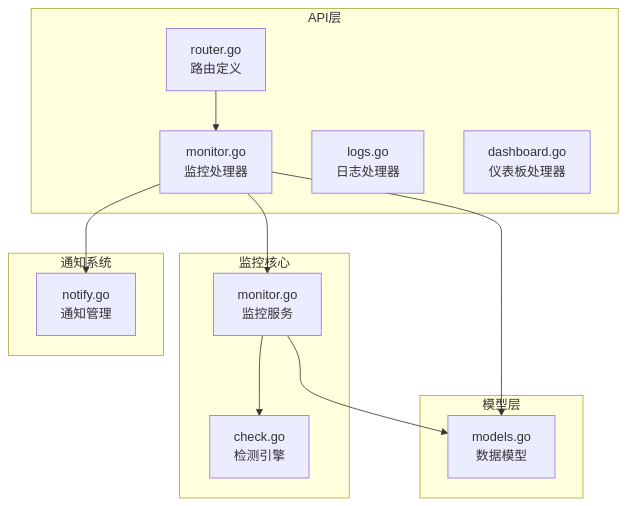
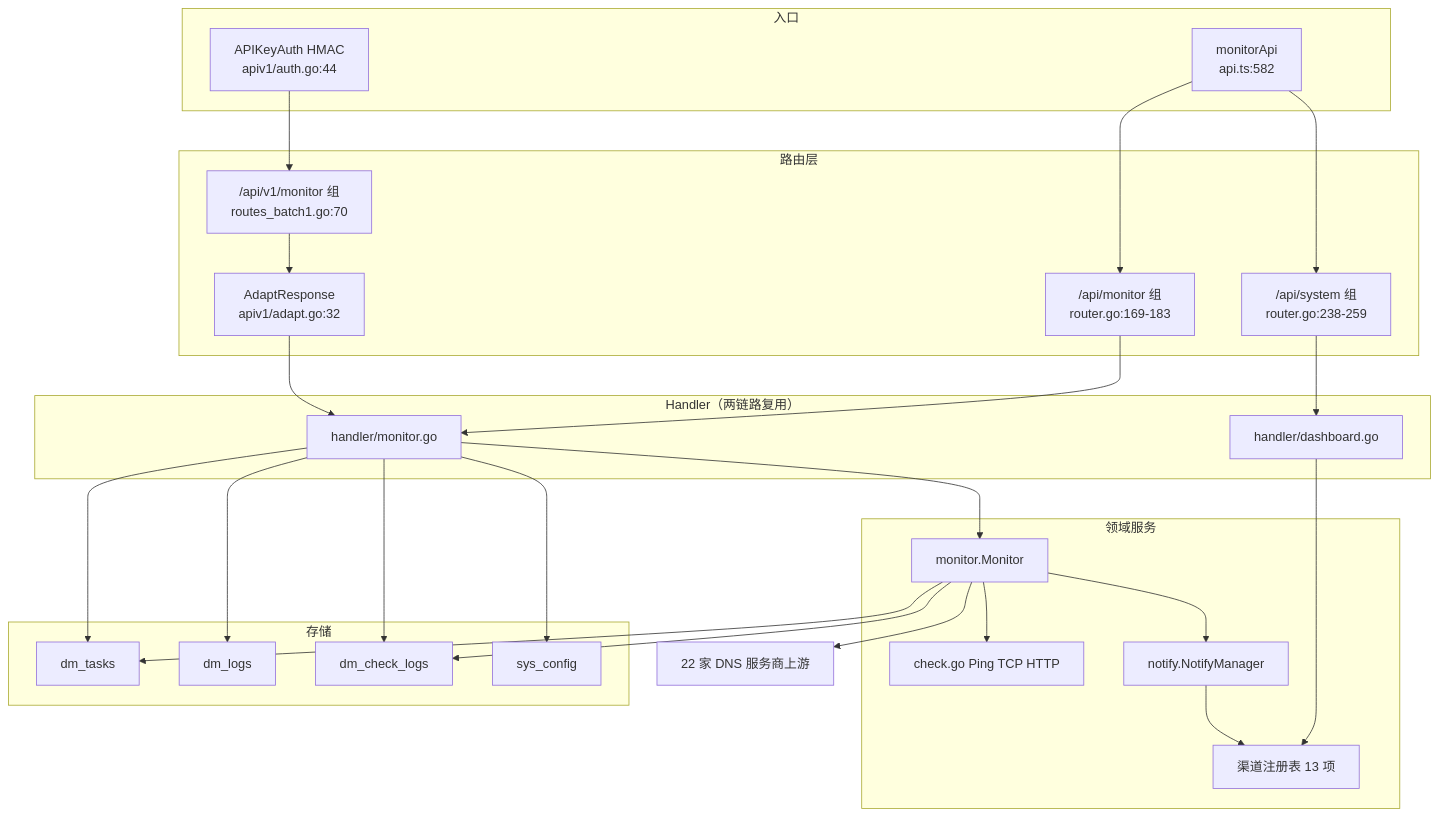
One commit to x01n/dnsplane changed the first of 4 diagrams in docs/API参考文档/监控告警API.md. Above: the diagram before and after it, drawn with Mermaid. The commit also changed other lines of this file and 326 other files, not shown here.

````diff
--- a/docs/API参考文档/监控告警API.md
+++ b/docs/API参考文档/监控告警API.md
@@ -33,25 +163,44 @@
 ```mermaid
-graph TB
-subgraph "API层"
-A[router.go<br/>路由定义]
-B[monitor.go<br/>监控处理器]
-C[logs.go<br/>日志处理器]
-D[dashboard.go<br/>仪表板处理器]
-end
-subgraph "监控核心"
-E[monitor.go<br/>监控服务]
-F[check.go<br/>检测引擎]
-end
-subgraph "模型层"
-G[models.go<br/>数据模型]
-end
-subgraph "通知系统"
-H[notify.go<br/>通知管理]
-end
-A --> B
-B --> E
-E --> F
-B --> G
-E --> G
-B --> H
+flowchart TB
+    subgraph IN["入口"]
+        AB["monitorApi<br/>api.ts:582"]
+        AK["APIKeyAuth HMAC<br/>apiv1/auth.go:44"]
+    end
+    subgraph RT["路由层"]
+        RM["/api/monitor 组<br/>router.go:169-183"]
+        SM["/api/system 组<br/>router.go:238-259"]
+        VR["/api/v1/monitor 组<br/>routes_batch1.go:70"]
+        AD["AdaptResponse<br/>apiv1/adapt.go:32"]
+    end
+    subgraph HD["Handler（两链路复用）"]
+        MH["handler/monitor.go"]
+        DH["handler/dashboard.go"]
+    end
+    subgraph DOM["领域服务"]
+        MS["monitor.Monitor"]
+        CK["check.go Ping TCP HTTP"]
+        NM["notify.NotifyManager"]
+        REG["渠道注册表 13 项"]
+    end
+    subgraph ST["存储"]
+        T1["dm_tasks"]
+        T2["dm_logs"]
+        T3["dm_check_logs"]
+        T4["sys_config"]
+    end
+    AB --> RM --> MH
+    AB --> SM --> DH
+    AK --> VR --> AD --> MH
+    MH --> T1
+    MH --> T2
+    MH --> T3
+    MH --> T4
+    MH --> MS
+    DH --> REG
+    MS --> CK
+    MS --> NM
+    MS --> T1
+    MS --> T3
+    NM --> REG
+    MS --> UP["22 家 DNS 服务商上游"]
 ```
````
